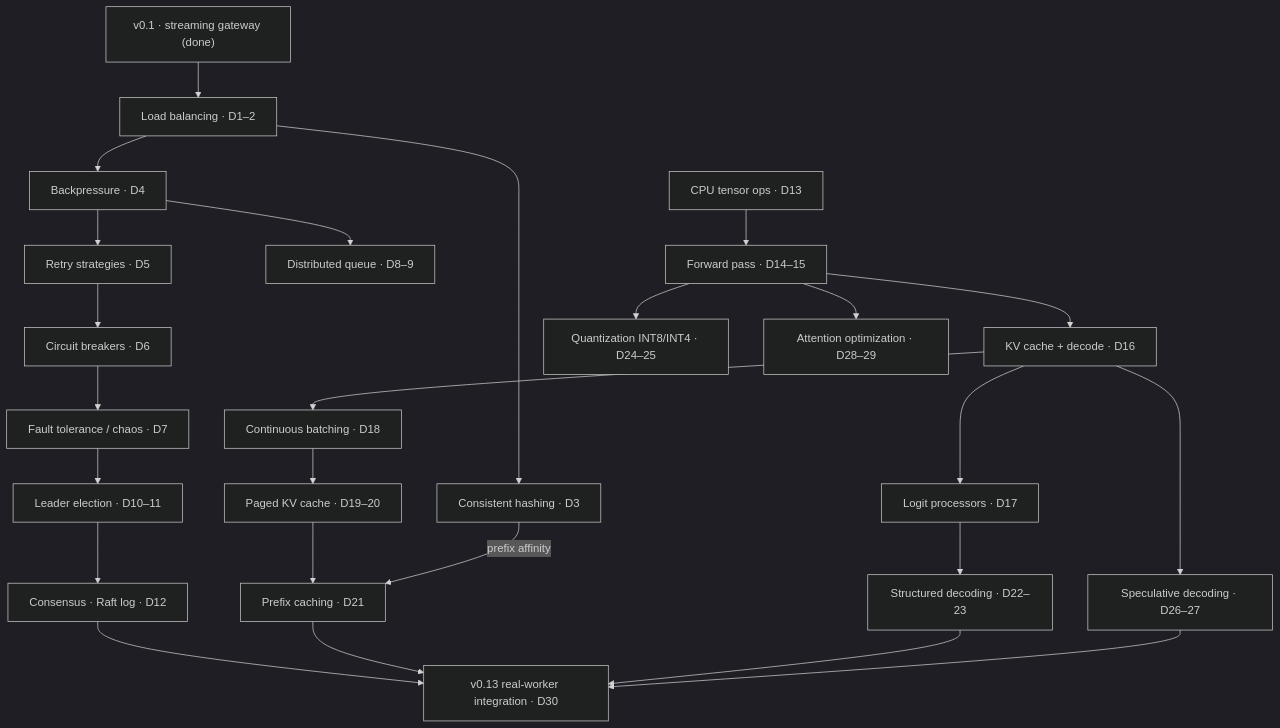
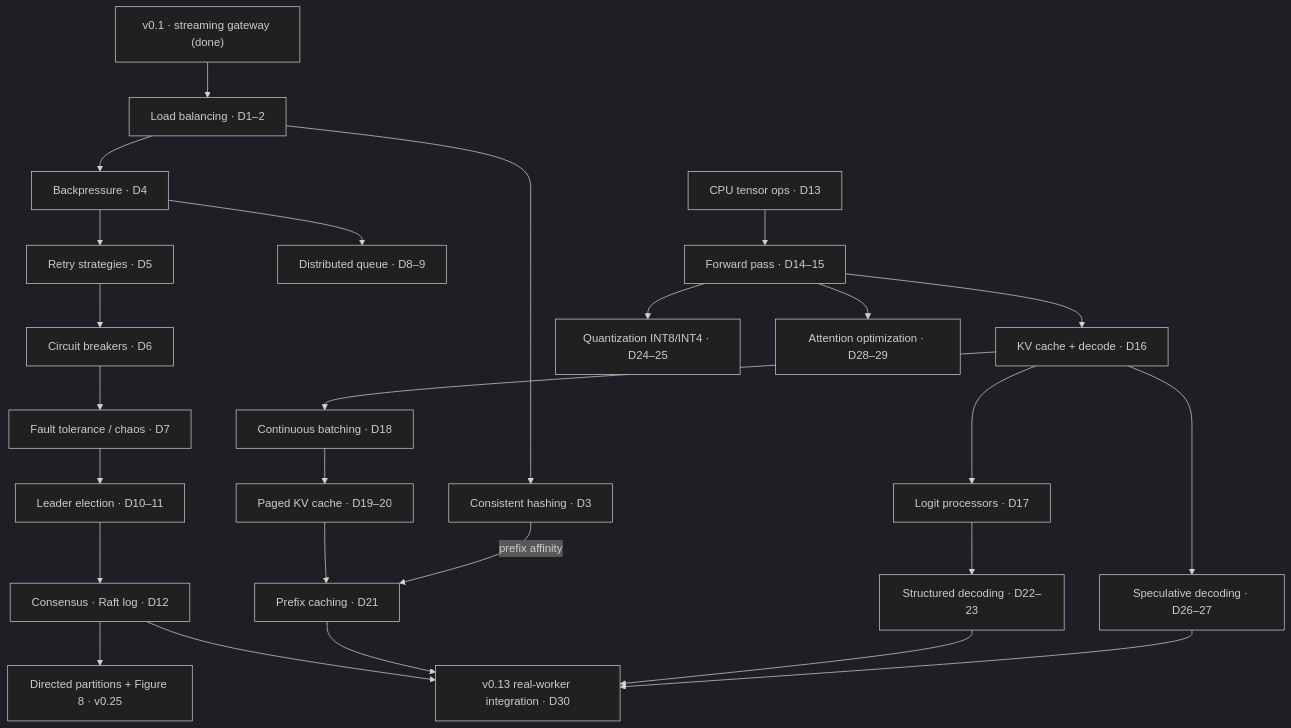
One commit to conan505/inferLab changed the diagram in docs/plan-30-days.md. Above: the diagram before and after it, drawn with Mermaid (dark theme). The commit also changed other lines of this file and 50 other files, not shown here.

Commit message:
v0.25 directed Raft partition and Figure-8 safety

````diff
--- a/docs/plan-30-days.md
+++ b/docs/plan-30-days.md
@@ -11,28 +11,29 @@
 ```mermaid
 flowchart TD
     S["v0.1 · streaming gateway (done)"] --> LB["Load balancing · D1–2"]
     LB --> CH["Consistent hashing · D3"]
     LB --> BP["Backpressure · D4"]
     BP --> RT["Retry strategies · D5"]
     RT --> CB["Circuit breakers · D6"]
     CB --> FT["Fault tolerance / chaos · D7"]
     BP --> DQ["Distributed queue · D8–9"]
     FT --> LE["Leader election · D10–11"]
     LE --> CS["Consensus · Raft log · D12"]
+    CS --> PART["Directed partitions + Figure 8 · v0.25"]
 
     S2["CPU tensor ops · D13"] --> FP["Forward pass · D14–15"]
     FP --> KV["KV cache + decode · D16"]
     KV --> LP["Logit processors · D17"]
     KV --> CBATCH["Continuous batching · D18"]
     CBATCH --> PKV["Paged KV cache · D19–20"]
     PKV --> PC["Prefix caching · D21"]
     CH -->|prefix affinity| PC
     LP --> SD["Structured decoding · D22–23"]
     FP --> QZ["Quantization INT8/INT4 · D24–25"]
     KV --> SPEC["Speculative decoding · D26–27"]
     FP --> ATT["Attention optimization · D28–29"]
     CS --> INT["v0.13 real-worker integration · D30"]
     PC --> INT
     SD --> INT
     SPEC --> INT
 ```
````
